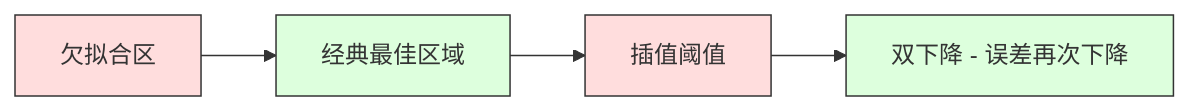
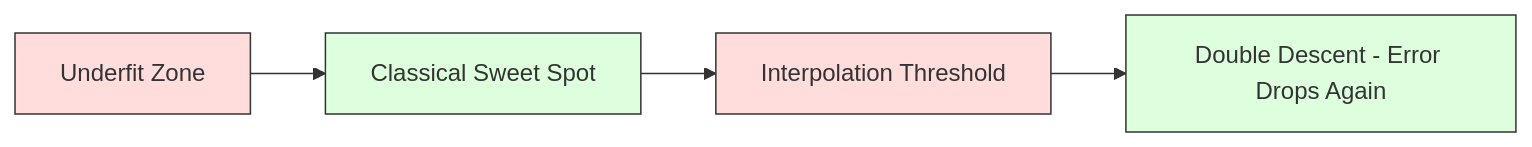
Before and after one commit to xiaojiaenen/ai-engineering-from-scratch-zh: the second of 5 diagrams in i18n/zh/phases/02-ml-fundamentals/10-bias-variance/docs/zh.md, drawn with Mermaid. The commit also changed other lines of this file and 18 other files, not shown here.

````diff
--- a/i18n/zh/phases/02-ml-fundamentals/10-bias-variance/docs/zh.md
+++ b/i18n/zh/phases/02-ml-fundamentals/10-bias-variance/docs/zh.md
@@ -110,11 +110,11 @@
 ```mermaid
 graph LR
-    A[欠拟合区] --> B[经典最佳区域]
-    B --> C[插值阈值]
-    C --> D[双下降 - 误差再次下降]
+    A[Underfit Zone] --> B[Classical Sweet Spot]
+    B --> C[Interpolation Threshold]
+    C --> D[Double Descent - Error Drops Again]
 
     style A fill:#fdd,stroke:#333
     style B fill:#dfd,stroke:#333
     style C fill:#fdd,stroke:#333
     style D fill:#dfd,stroke:#333
 ```
````
